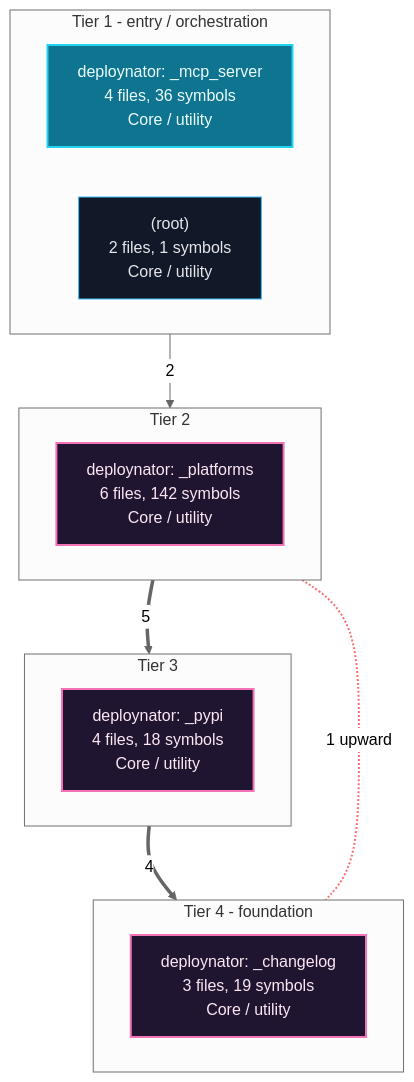
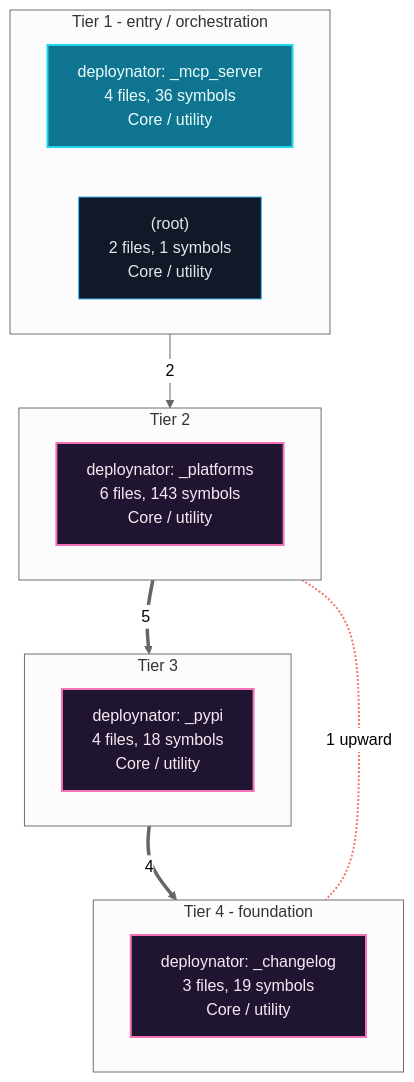
The first of 9 diagrams in readmenator-apidocs/architecture.md (grisuno/deploynator), drawn with Mermaid (neutral theme) before and after one commit. The commit also changed other lines of this file and 66 other files, not shown here.

````diff
--- a/readmenator-apidocs/architecture.md
+++ b/readmenator-apidocs/architecture.md
@@ -11,31 +11,31 @@
 ```mermaid
 flowchart TB
     classDef cycle fill:#1f1530,stroke:#f472b6,color:#fce7f3,stroke-width:2px;
     classDef default fill:#111827,stroke:#38bdf8,color:#e5e7eb;
     classDef entry fill:#0e7490,stroke:#22d3ee,color:#ecfeff,stroke-width:2px;
     subgraph lane_0["Tier 1 - entry / orchestration"]
         direction LR
         n_c2["deploynator: _mcp_server<br/>4 files, 36 symbols<br/>Core / utility"]:::entry
         n_d__root_["(root)<br/>2 files, 1 symbols<br/>Core / utility"]:::default
     end
     subgraph lane_1["Tier 2"]
         direction LR
-        n_c0["deploynator: _platforms<br/>6 files, 142 symbols<br/>Core / utility"]:::cycle
+        n_c0["deploynator: _platforms<br/>6 files, 143 symbols<br/>Core / utility"]:::cycle
     end
     subgraph lane_2["Tier 3"]
         direction LR
         n_c1["deploynator: _pypi<br/>4 files, 18 symbols<br/>Core / utility"]:::cycle
     end
     subgraph lane_3["Tier 4 - foundation"]
         direction LR
         n_c3["deploynator: _changelog<br/>3 files, 19 symbols<br/>Core / utility"]:::cycle
     end
     n_c0 ==>|"5"| n_c1
     n_c1 ==>|"4"| n_c3
     n_c2 -->|"2"| n_c0
     n_c0 <-.-|"1 upward"| n_c3
     linkStyle 3 stroke:#f87171,stroke-width:2px;
     n_c2 ~~~ n_c0
     n_c0 ~~~ n_c1
     n_c1 ~~~ n_c3
 ```
````
